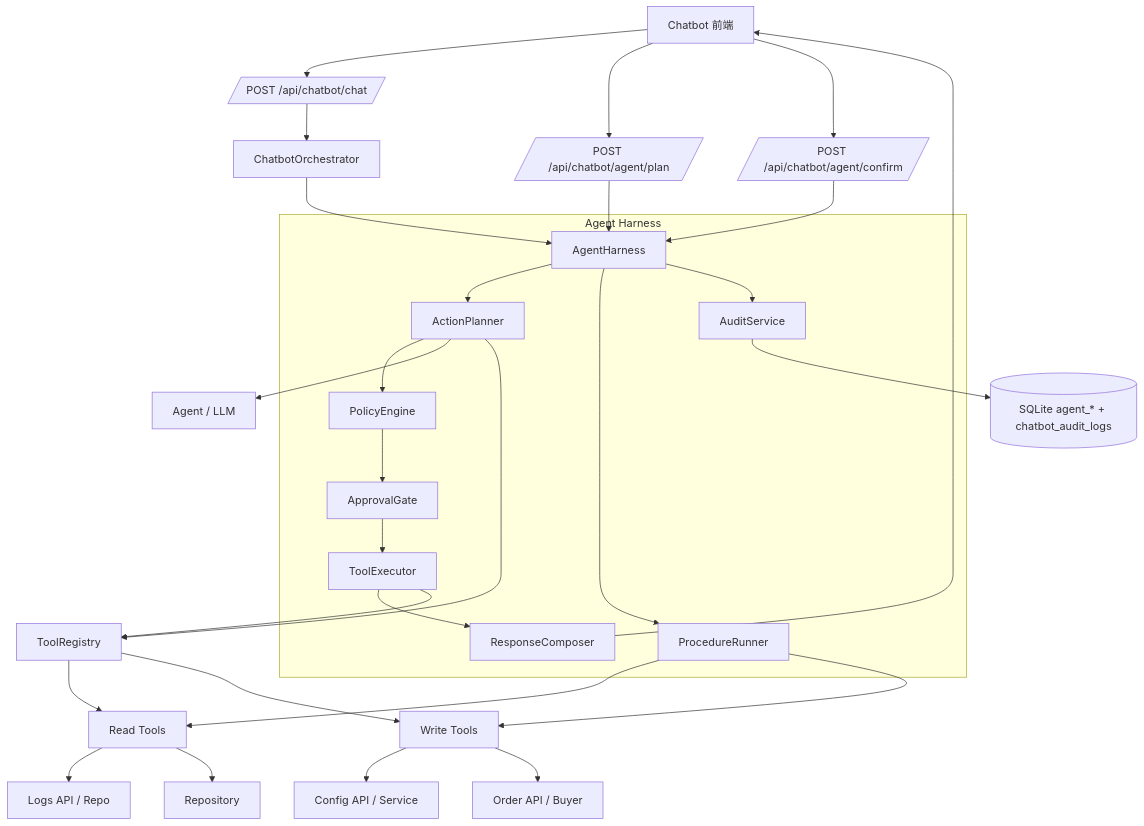
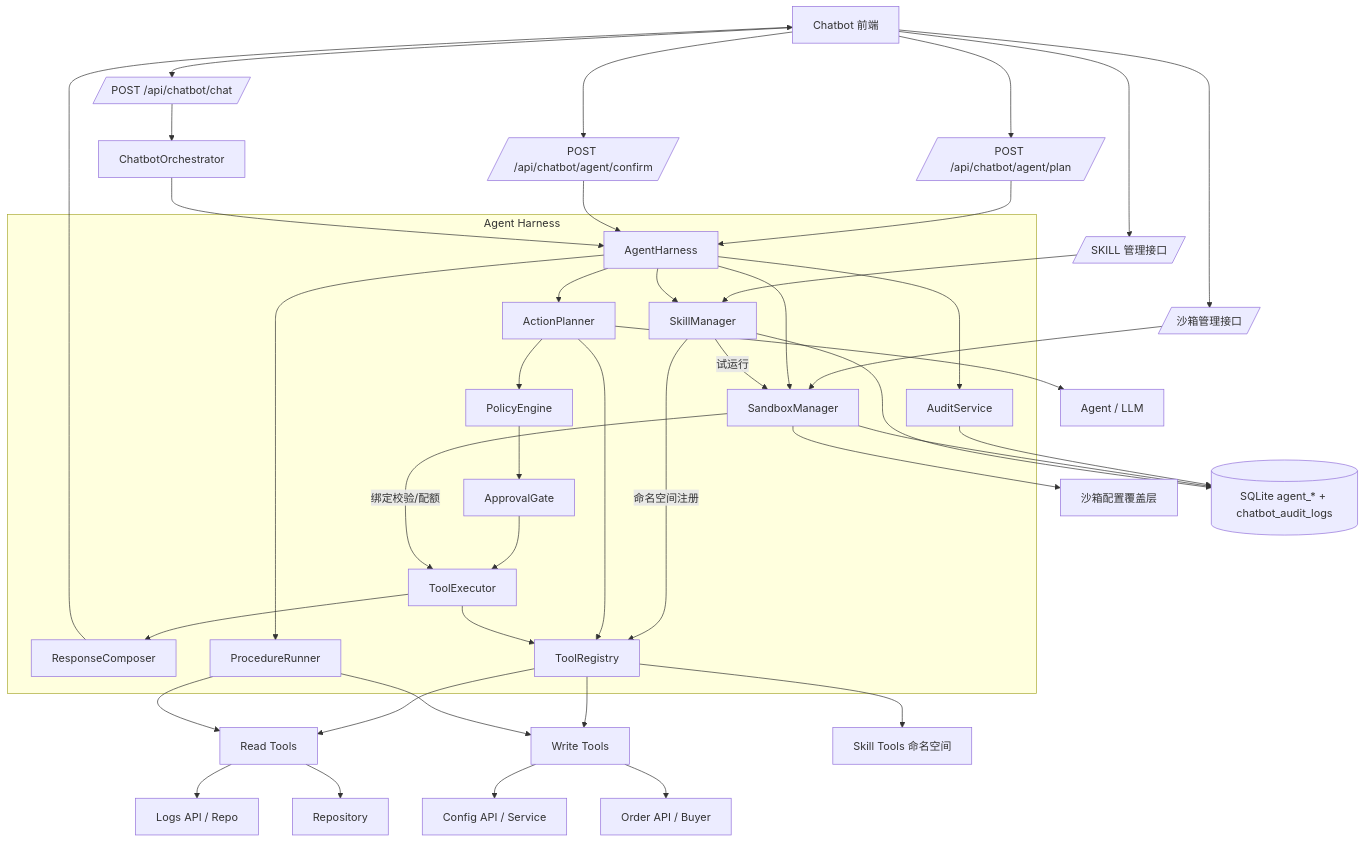
One commit to wangnan05563/xianyu-hunter changed the first of 7 diagrams in docs/05-智能客服/智能客服-AgentHarness重构-概要设计.md. Above: the diagram before and after it, drawn with Mermaid. The commit also changed other lines of this file and 73 other files, not shown here.

````diff
--- a/docs/05-智能客服/智能客服-AgentHarness重构-概要设计.md
+++ b/docs/05-智能客服/智能客服-AgentHarness重构-概要设计.md
@@ -73,37 +76,50 @@
 ```mermaid
 flowchart TB
     UI[Chatbot 前端] --> CHAT[/POST /api/chatbot/chat/]
     UI --> PLAN[/POST /api/chatbot/agent/plan/]
     UI --> CONFIRM[/POST /api/chatbot/agent/confirm/]
+    UI --> SBX[/沙箱管理接口/]
+    UI --> SKILL[/SKILL 管理接口/]
 
     CHAT --> ORCH[ChatbotOrchestrator]
     PLAN --> H[AgentHarness]
     CONFIRM --> H
     ORCH --> H
+    SBX --> SBM
+    SKILL --> SKM
 
     subgraph "Agent Harness"
         H --> AP[ActionPlanner]
         AP --> PE[PolicyEngine]
         PE --> AG[ApprovalGate]
         AG --> TE[ToolExecutor]
         TE --> RC[ResponseComposer]
         H --> PR[ProcedureRunner]
         H --> AU[AuditService]
+        H --> SBM[SandboxManager]
+        H --> SKM[SkillManager]
+        SBM -- 绑定校验/配额 --> TE
+        SKM -- 命名空间注册 --> TR
+        SKM -- 试运行 --> SBM
     end
 
     AP --> LLM[Agent / LLM]
     AP --> TR[ToolRegistry]
     TE --> TR
     TR --> RT[Read Tools]
     TR --> WT[Write Tools]
+    TR --> SKT[Skill Tools 命名空间]
     PR --> RT
     PR --> WT
 
     WT --> CFG[Config API / Service]
     WT --> ORD[Order API / Buyer]
     RT --> LOGS[Logs API / Repo]
     RT --> REPO[Repository]
 
+    SBM --> OVL[沙箱配置覆盖层]
     AU --> DB[(SQLite agent_* + chatbot_audit_logs)]
+    SBM --> DB
+    SKM --> DB
     RC --> UI
 ```
````
